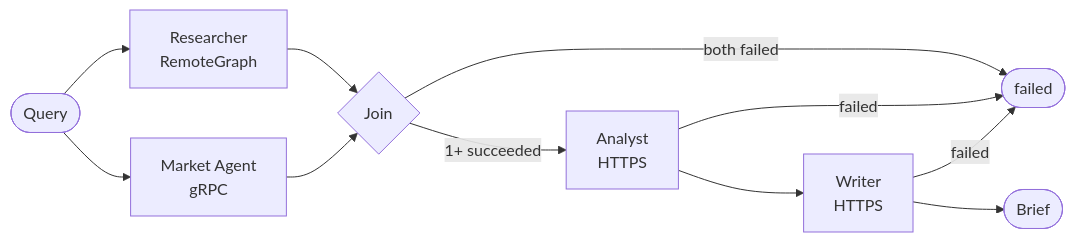
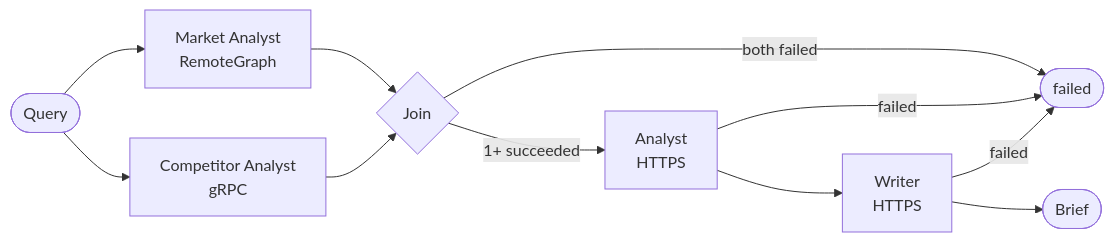
One commit to Anhnguyenk835/multi-agent changed the diagram in services/orchestrator/README.md. Above: the diagram before and after it, drawn with Mermaid. The commit also changed other lines of this file and 213 other files, not shown here.

````diff
--- a/services/orchestrator/README.md
+++ b/services/orchestrator/README.md
@@ -9,13 +9,13 @@
 ```mermaid
 flowchart LR
-    Q([Query]) --> R[Researcher<br/>RemoteGraph]
-    Q --> M[Market Agent<br/>gRPC]
+    Q([Query]) --> R[Market Analyst<br/>RemoteGraph]
+    Q --> M[Competitor Analyst<br/>gRPC]
     R --> J{Join}
     M --> J
     J -->|both failed| F([failed])
     J -->|1+ succeeded| A[Analyst<br/>HTTPS]
     A -->|failed| F
     A --> W[Writer<br/>HTTPS]
     W -->|failed| F
     W --> B([Brief])
 ```
````
